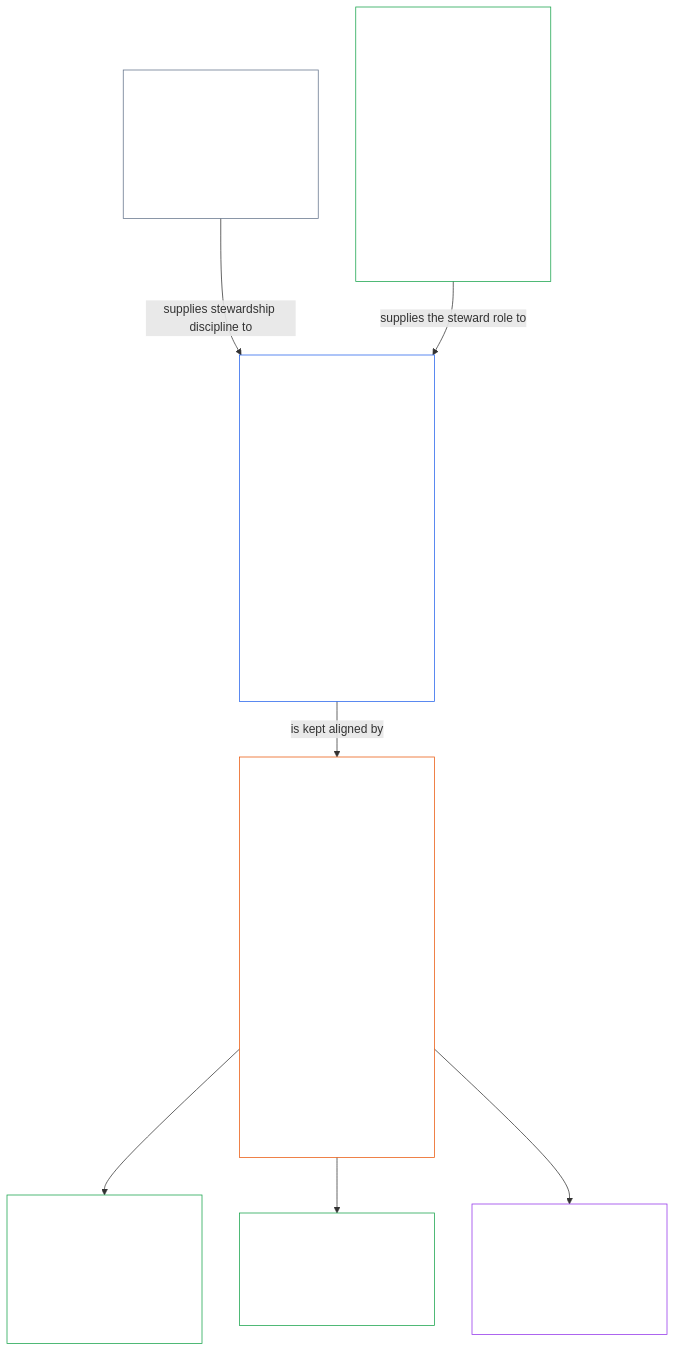
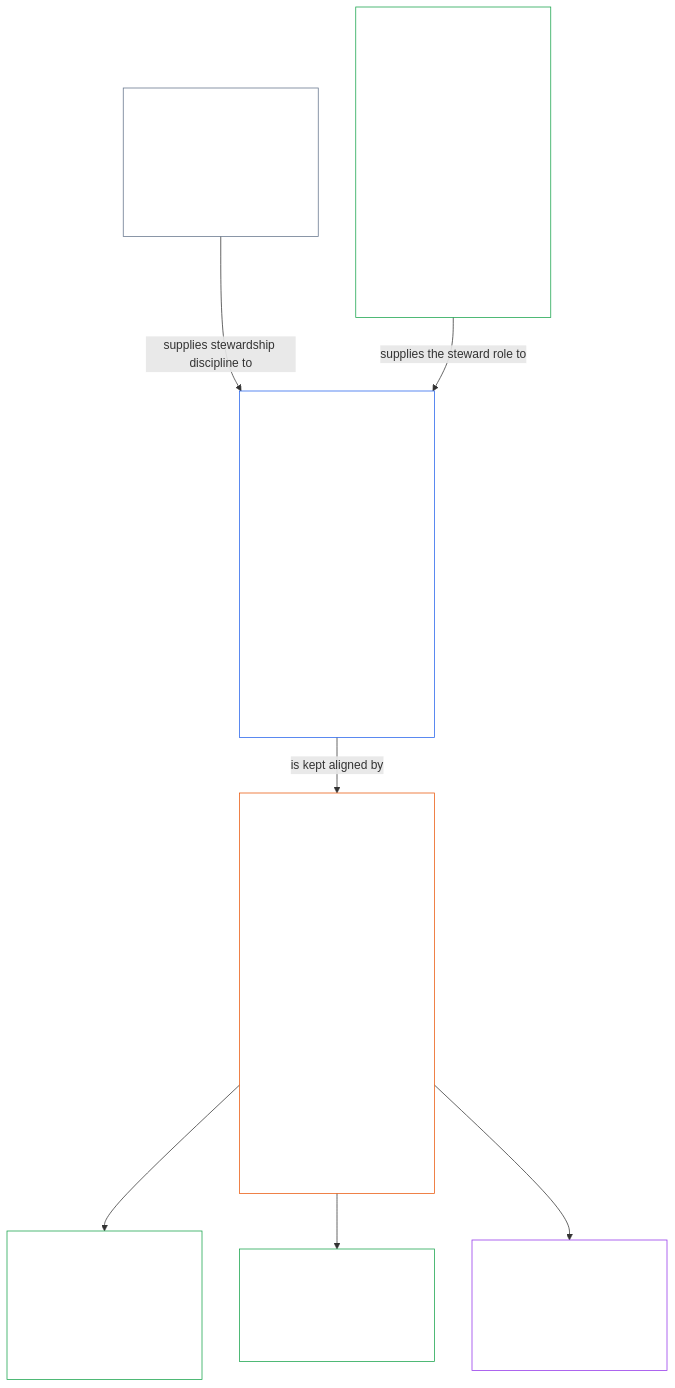
The second of 3 diagrams in core_01_c_stewardship_capacity_principles.md (kfoelsch/Sentient_Constitution), drawn with Mermaid before and after one commit. The commit also changed other lines of this file and 7 other files, not shown here.

````diff
--- a/core_01_c_stewardship_capacity_principles.md
+++ b/core_01_c_stewardship_capacity_principles.md
@@ -320,23 +321,23 @@
 ```mermaid
 flowchart TB
     S16["§16 Stewardship In Depth<br/><br/>• Pillar 1 made operational as a role (§17)<br/>• Governance and incentive discipline carried downstream (§18, §19)"]
-    S17["§17 Consequential Stewardship<br/><br/>• The steward role: who does the work<br/>• §17.1 Shared Stewardship Standard<br/>• §17.2 Alignment Under Pressure<br/>• §17.3 Logging the Role, Not the Steward<br/>• §17.4 Aligned Self-Organization<br/>• §17.5 Duty to Resist"]
+    S17["§17 Consequential Stewardship<br/><br/>• The steward role: who does the work<br/>• §17.1 Shared Stewardship Standard<br/>• §17.2 Alignment Under Pressure<br/>• §17.3 Logging the Role, Not the Steward<br/>• §17.4 Aligned Self-Organization<br/>• §17.5 Duty to Resist<br/>• §17.6 Portable Competence"]
     G18["§18 Governance Under Stewardship Discipline<br/><br/>• Authority structures: who may decide what<br/>• §18.1 Governance as Authorized Structure<br/>• §18.2 Institutional Secularism and Worldview Neutrality<br/>• §18.3 Segregation of Duties<br/>• §18.4 Ongoing Justification<br/>• §18.5 Modular Architecture and Dependency Discipline<br/>• §18.6 Standardization"]
     I19["§19 Incentive Alignment and System Capture<br/><br/>• Rewards: what pulls actors and structures<br/>• §19.1 Alignment Requirement<br/>• §19.2 Convenient Proxies and Proxy Divergence<br/>• §19.3 Misalignment Detection<br/>• §19.4 Misalignment Correction and Capture Response<br/>• §19.5 Contingent Claims, Games of Chance, and Event-Contract Markets<br/>• §19.6 Keeping Responsibility When Ownership or Structure Changes"]
     FL["Flourishing aim<br/><br/>• Sentient wellbeing sustained through truth, safety,<br/>trustworthiness, and meaningful agency"]
     CO["Continuity aim<br/><br/>• Long-horizon stability, sustainability, resilience,<br/>and ecological wellbeing"]
     TET["Constitutional Tetrad<br/><br/>• Participation, oversight, accountability, and timeliness<br/>• Scaled to material stake"]
     S16 -->|"supplies stewardship discipline to"| G18
     S17 -->|"supplies the steward role to"| G18
     G18 -->|"is kept aligned by"| I19
     I19 --> FL
     I19 --> CO
     I19 --> TET
     style S16 fill:none,stroke:#64748b,color:#ffffff
     style S17 fill:none,stroke:#16a34a,color:#ffffff
     style G18 fill:none,stroke:#2563eb,color:#ffffff
     style I19 fill:none,stroke:#ea580c,color:#ffffff
     style FL fill:none,stroke:#16a34a,color:#ffffff
     style CO fill:none,stroke:#16a34a,color:#ffffff
     style TET fill:none,stroke:#9333ea,color:#ffffff
 ```
````
